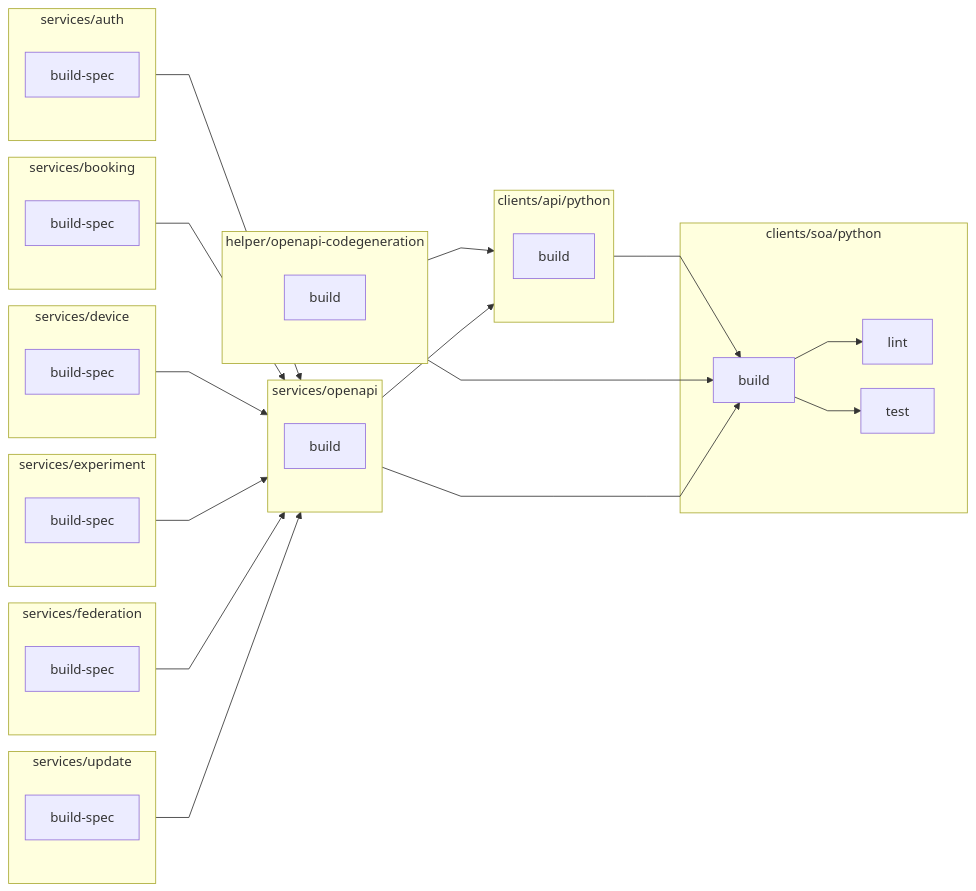
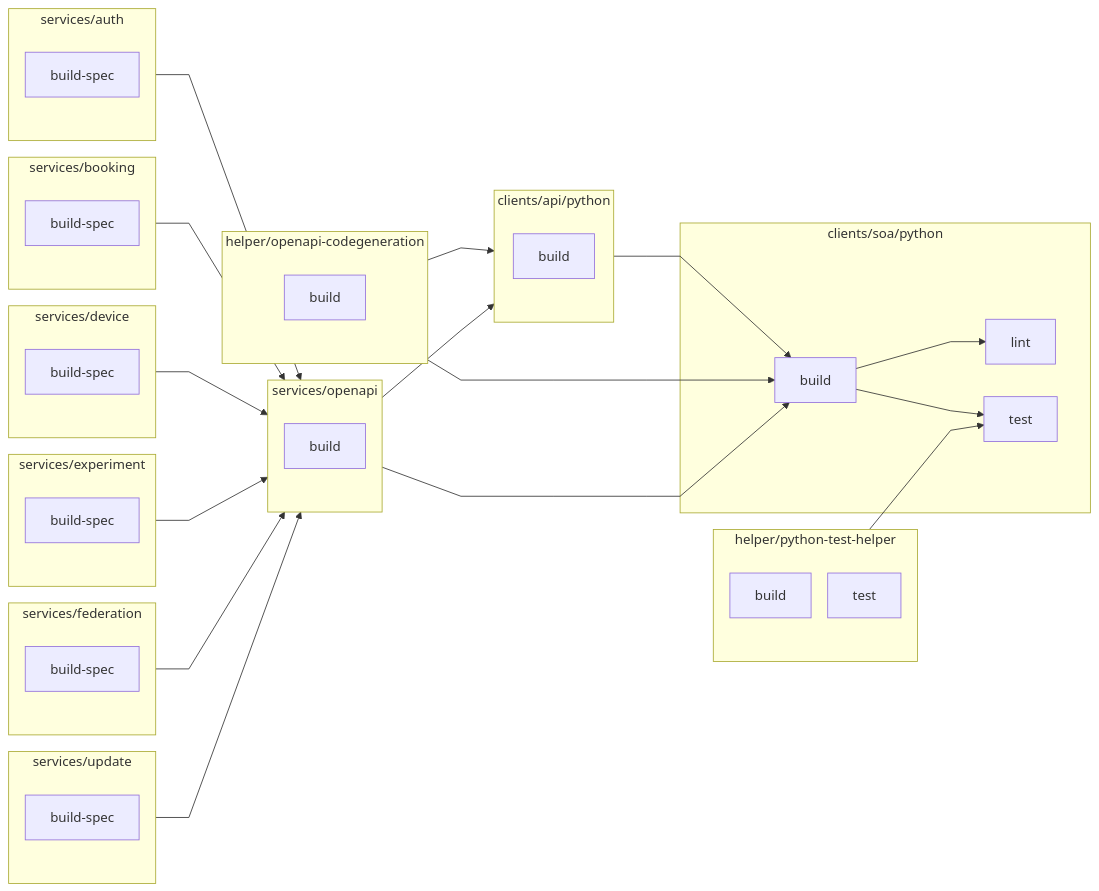
Before and after one commit to Cross-Lab-Project/crosslab: the diagram in clients/soa/python/README.md, drawn with Mermaid. The commit also changed 60 other files, not shown here.

Commit message:
test restructuring + teardown methods (python)

````diff
--- a/clients/soa/python/README.md
+++ b/clients/soa/python/README.md
@@ -12,49 +12,54 @@
 ```mermaid
 graph LR
 %%{init:{'flowchart':{'nodeSpacing': 20, 'rankSpacing': 80, 'curve': 'linear', 'useMaxWidth': false}}}%%
   subgraph clients/api/python
     clients/api/python:build[build]
   end
   subgraph clients/soa/python
     clients/soa/python:build[build]
     clients/soa/python:lint[lint]
     clients/soa/python:test[test]
   end
   subgraph helper/openapi-codegeneration
     helper/openapi-codegeneration:build[build]
+  end
+  subgraph helper/python-test-helper
+    helper/python-test-helper:build[build]
+    helper/python-test-helper:test[test]
   end
   subgraph services/auth
     services/auth:build-spec[build-spec]
   end
   subgraph services/booking
     services/booking:build-spec[build-spec]
   end
   subgraph services/device
     services/device:build-spec[build-spec]
   end
   subgraph services/experiment
     services/experiment:build-spec[build-spec]
   end
   subgraph services/federation
     services/federation:build-spec[build-spec]
   end
   subgraph services/openapi
     services/openapi:build[build]
   end
   subgraph services/update
     services/update:build-spec[build-spec]
   end
 clients/api/python --> clients/soa/python:build[build]
 clients/soa/python:build[build] --> clients/soa/python:lint[lint]
 clients/soa/python:build[build] --> clients/soa/python:test[test]
 helper/openapi-codegeneration --> clients/api/python
 helper/openapi-codegeneration --> clients/soa/python:build[build]
+helper/python-test-helper --> clients/soa/python:test[test]
 services/auth --> services/openapi
 services/booking --> services/openapi
 services/device --> services/openapi
 services/experiment --> services/openapi
 services/federation --> services/openapi
 services/openapi --> clients/api/python
 services/openapi --> clients/soa/python:build[build]
 services/update --> services/openapi
 ```
````
